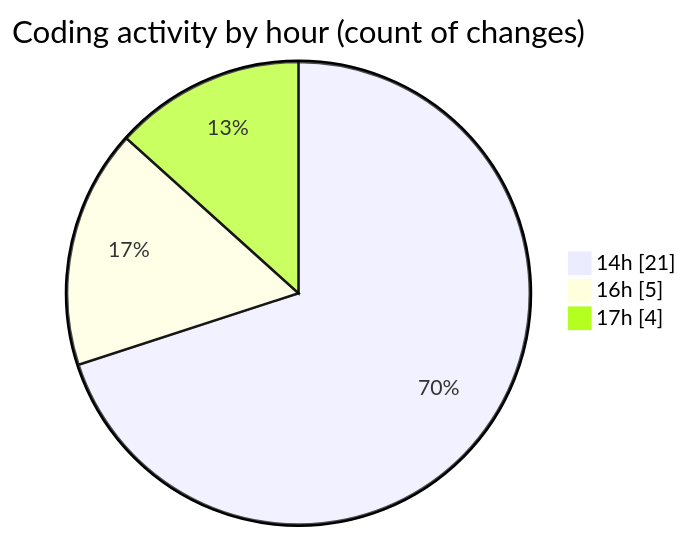
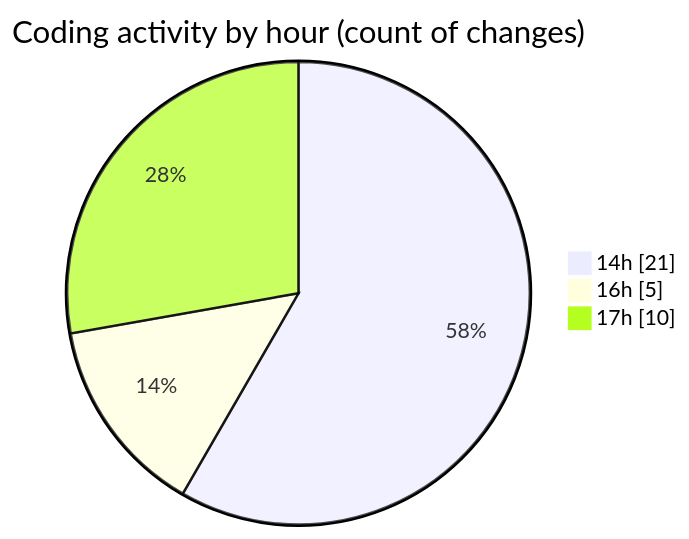
One commit to Ritupan-Deka/code-tracking changed the second of 2 diagrams in 2025-07-14/urlwebwala_intership_work/README.md. Above: the diagram before and after it, drawn with Mermaid. The commit also changed other lines of this file and 1 other file, not shown here.

````diff
--- a/2025-07-14/urlwebwala_intership_work/README.md
+++ b/2025-07-14/urlwebwala_intership_work/README.md
@@ -28,7 +28,7 @@
 ```mermaid
 pie showData
 title Coding activity by hour (count of changes)
 "14h" : 21
 "16h" : 5
-"17h" : 4
+"17h" : 10
 ```
````
